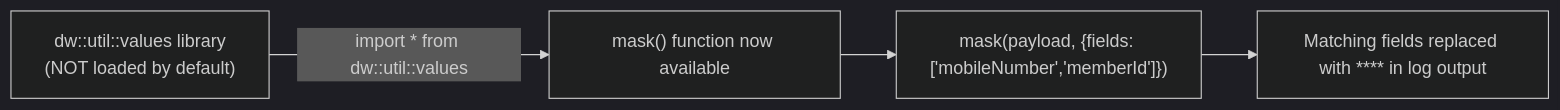
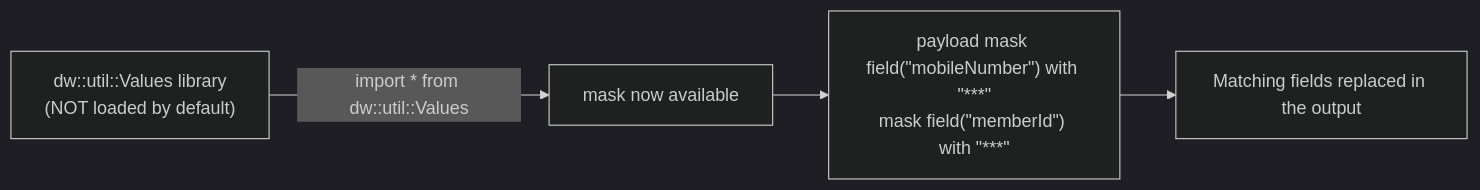
One commit to developerashok99/green-c-mule-notes changed the first of 11 diagrams in detailed-notes/day29.md. Above: the diagram before and after it, drawn with Mermaid (dark theme). The commit also changed other lines of this file and 1 other file, not shown here.

````diff
--- a/detailed-notes/day29.md
+++ b/detailed-notes/day29.md
@@ -9,6 +11,6 @@
 ```mermaid
 flowchart LR
-    Lib["dw::util::values library<br/>(NOT loaded by default)"] -->|"import * from dw::util::values"| Avail["mask() function now available"]
-    Avail --> Call["mask(payload, {fields: ['mobileNumber','memberId']})"]
-    Call --> Out["Matching fields replaced with **** in log output"]
+    Lib["dw::util::Values library<br/>(NOT loaded by default)"] -->|"import * from dw::util::Values"| Avail["mask now available"]
+    Avail --> Call["payload mask field(#quot;mobileNumber#quot;) with #quot;***#quot;<br/>mask field(#quot;memberId#quot;) with #quot;***#quot;"]
+    Call --> Out["Matching fields replaced in the output"]
 ```
````
